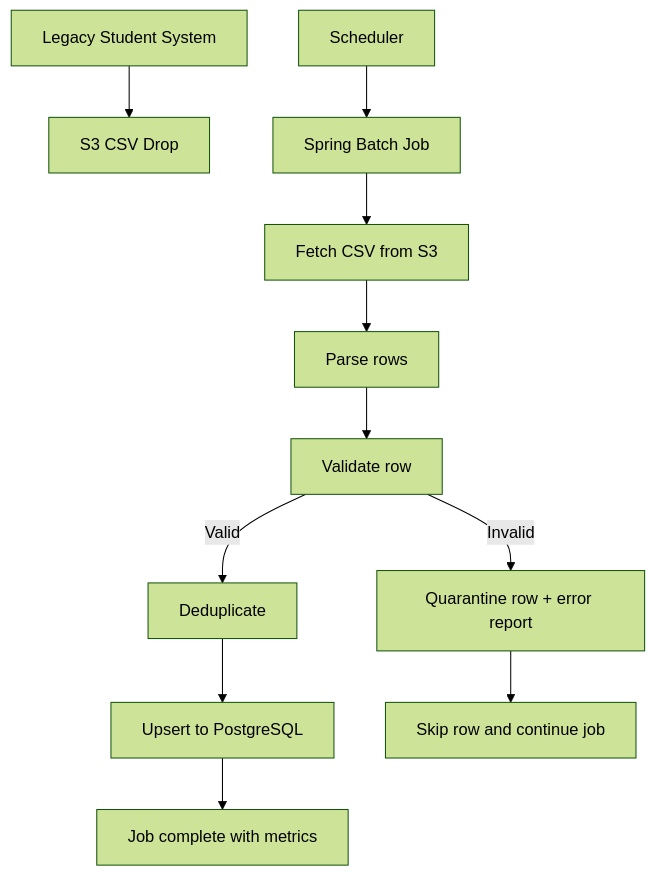
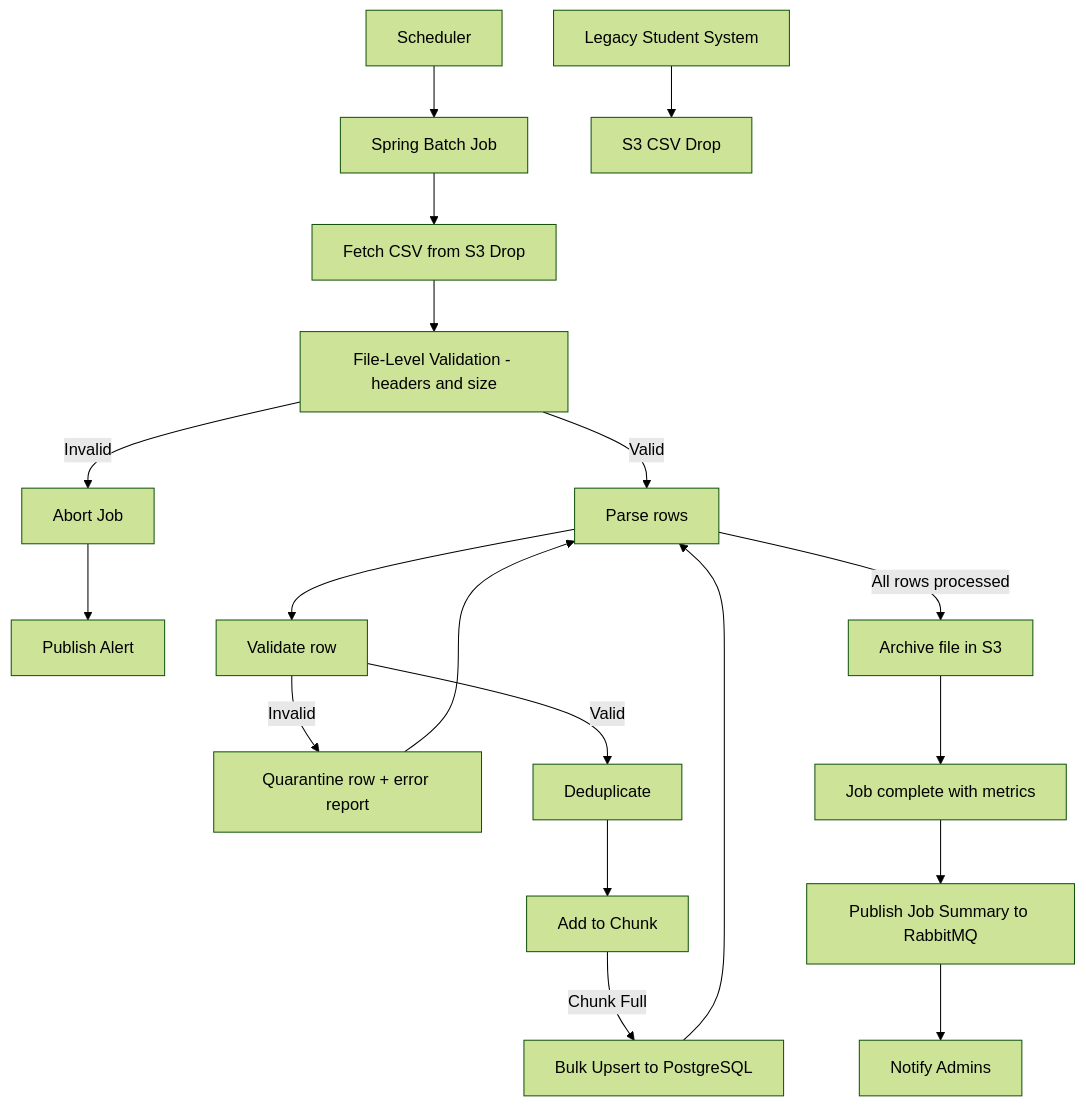
Before and after one commit to phatnguyen975/unihub-workshop: the fourth of 4 diagrams in blueprint/design.md, drawn with Mermaid (forest theme). The commit also changed other lines of this file, not shown here.

Commit message:
docs: update CSV integration diagram

````diff
--- a/blueprint/design.md
+++ b/blueprint/design.md
@@ -268,13 +268,23 @@
 ```mermaid
 flowchart TD
+  Scheduler[Scheduler] --> Job[Spring Batch Job]
   Legacy[Legacy Student System] --> S3[S3 CSV Drop]
-  Scheduler[Scheduler] --> Job[Spring Batch Job]
-  Job --> Fetch[Fetch CSV from S3]
-  Fetch --> Parse[Parse rows]
-  Parse --> Validate[Validate row]
-  Validate -->|Valid| Dedup[Deduplicate]
-  Validate -->|Invalid| Quarantine[Quarantine row + error report]
-  Dedup --> Upsert[Upsert to PostgreSQL]
-  Quarantine --> Continue[Skip row and continue job]
-  Upsert --> Complete[Job complete with metrics]
+  Job --> Fetch[Fetch CSV from S3 Drop]
+  Fetch --> FileValidate[File-Level Validation - headers and size]
+  FileValidate -->|Invalid| Abort[Abort Job]
+  Abort --> Alert[Publish Alert]
+  FileValidate -->|Valid| Parse[Parse rows]
+
+  Parse --> RowValidate[Validate row]
+  RowValidate -->|Invalid| Quarantine[Quarantine row + error report]
+  Quarantine --> Parse
+  RowValidate -->|Valid| Dedup[Deduplicate]
+  Dedup --> Chunk[Add to Chunk]
+  Chunk -->|Chunk Full| BulkUpsert[Bulk Upsert to PostgreSQL]
+  BulkUpsert --> Parse
+
+  Parse -->|All rows processed| Archive[Archive file in S3]
+  Archive --> Complete[Job complete with metrics]
+  Complete --> Publish[Publish Job Summary to RabbitMQ]
+  Publish --> Notify[Notify Admins]
 ```
````
